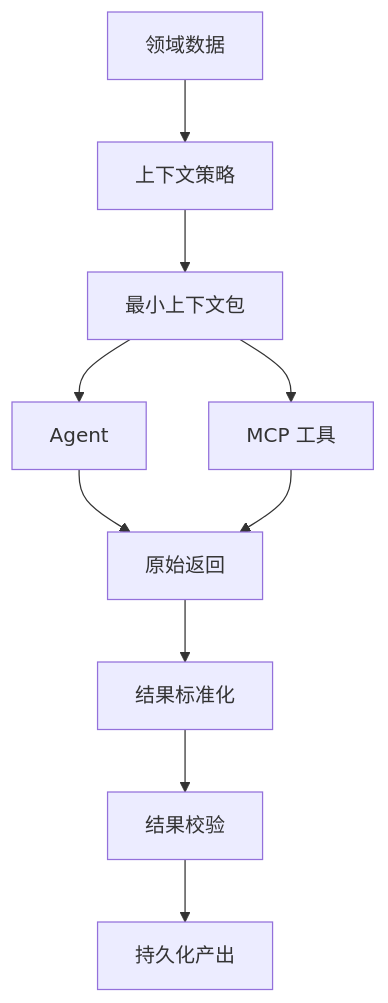
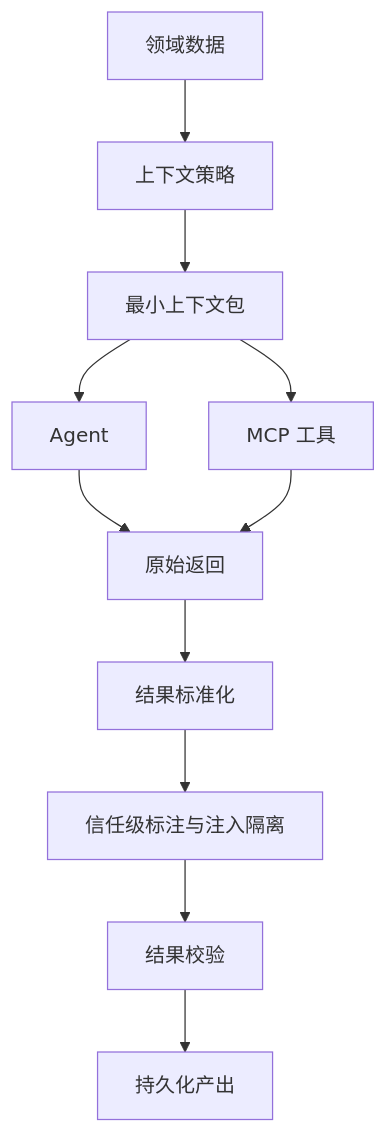
One commit to StanlySGY/Content-Factory changed diagram 11 of 15 in docs/02-architecture/system-architecture.md. Above: the diagram before and after it, drawn with Mermaid. The commit also changed other lines of this file and 7 other files, not shown here.

````diff
--- a/docs/02-architecture/system-architecture.md
+++ b/docs/02-architecture/system-architecture.md
@@ -438,22 +447,24 @@
 ```mermaid
 flowchart TB
     Domain[领域数据]
     ContextPolicy[上下文策略]
     ContextPack[最小上下文包]
     Agent[Agent]
     MCP[MCP 工具]
     RawResult[原始返回]
     Normalize[结果标准化]
+    Sanitize[信任级标注与注入隔离]
     Validate[结果校验]
     Persist[持久化产出]
 
     Domain --> ContextPolicy
     ContextPolicy --> ContextPack
     ContextPack --> Agent
     ContextPack --> MCP
     Agent --> RawResult
     MCP --> RawResult
     RawResult --> Normalize
-    Normalize --> Validate
+    Normalize --> Sanitize
+    Sanitize --> Validate
     Validate --> Persist
 ```
````
